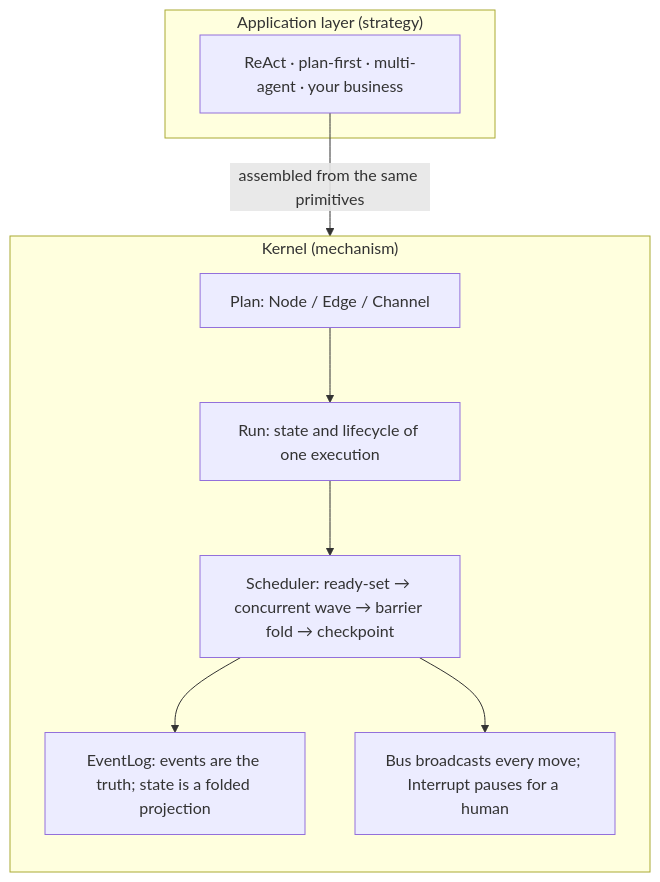
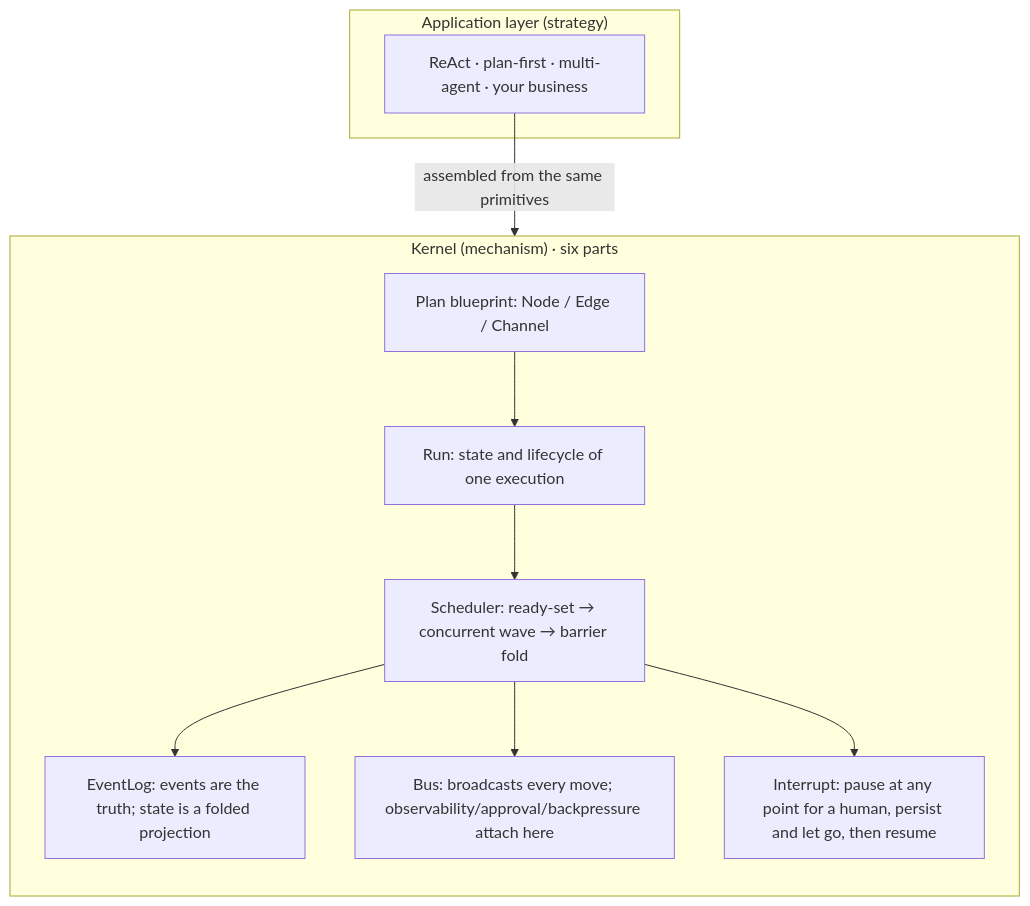
The diagram in docs/en/architecture.md (limenagent/prodagent), drawn with Mermaid before and after one commit. The commit also changed other lines of this file and 14 other files, not shown here.

````diff
--- a/docs/en/architecture.md
+++ b/docs/en/architecture.md
@@ -62,18 +65,20 @@
 ```mermaid
 flowchart TB
   subgraph APP["Application layer (strategy)"]
     A["ReAct · plan-first · multi-agent · your business"]
   end
-  subgraph K["Kernel (mechanism)"]
+  subgraph K["Kernel (mechanism) · six parts"]
     direction TB
-    P["Plan: Node / Edge / Channel"]
+    P["Plan blueprint: Node / Edge / Channel"]
     R["Run: state and lifecycle of one execution"]
-    S["Scheduler: ready-set → concurrent wave → barrier fold → checkpoint"]
+    S["Scheduler: ready-set → concurrent wave → barrier fold"]
     L["EventLog: events are the truth; state is a folded projection"]
-    B["Bus broadcasts every move; Interrupt pauses for a human"]
+    B["Bus: broadcasts every move; observability/approval/backpressure attach here"]
+    I["Interrupt: pause at any point for a human, persist and let go, then resume"]
     P --> R --> S
     S --> L
     S --> B
+    S --> I
   end
   A -->|assembled from the same primitives| K
 ```
````
